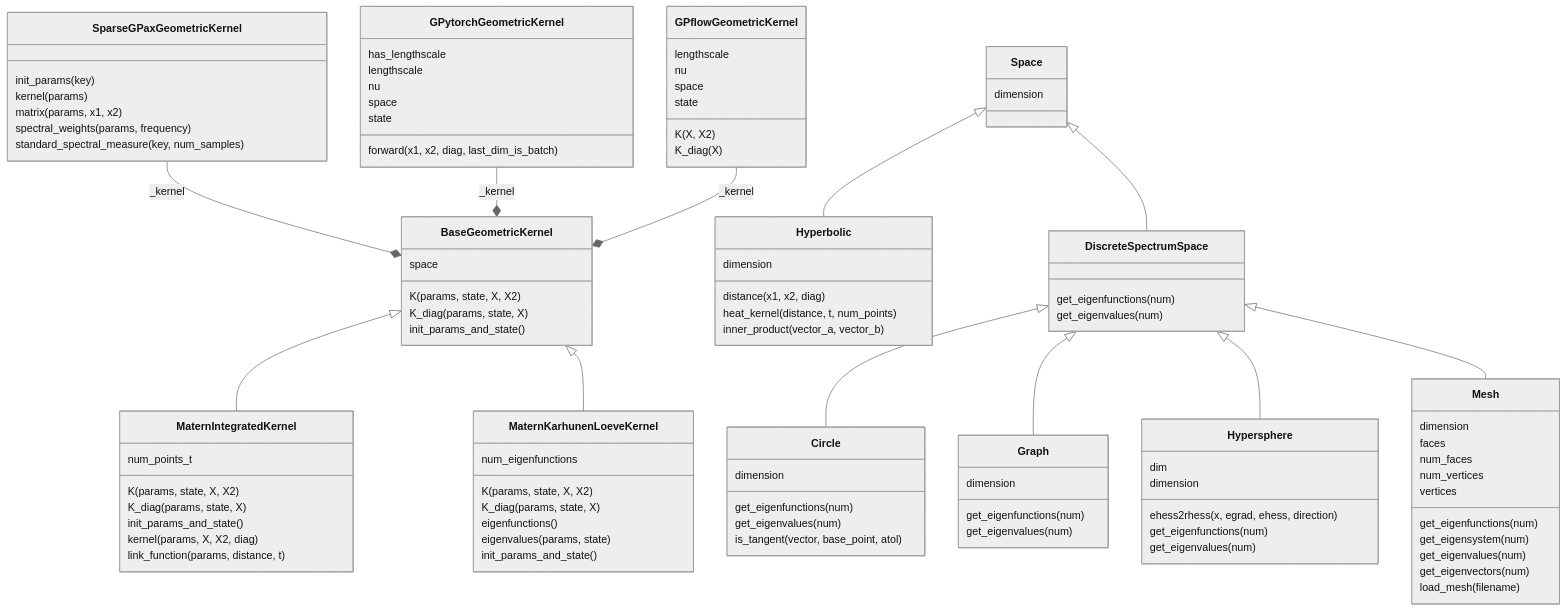
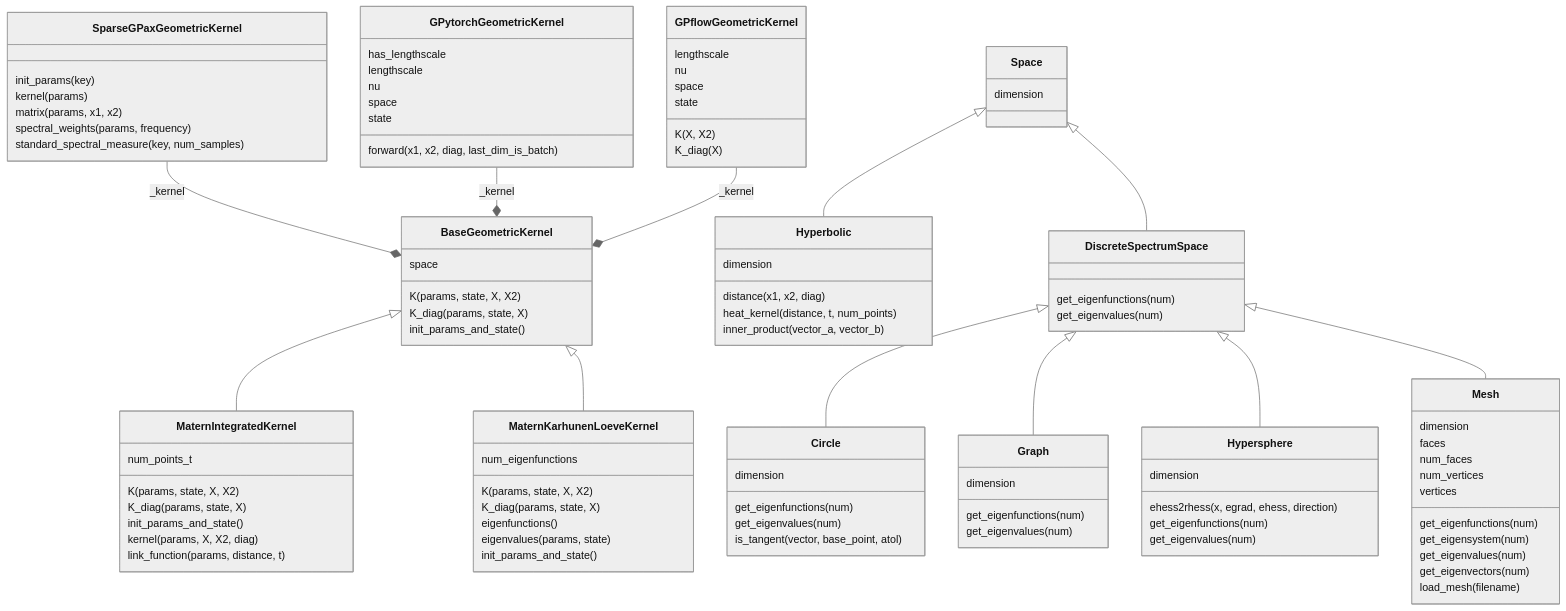
One commit to geometric-kernels/GeometricKernels changed the diagram in docs/class_diagram.md. Above: the diagram before and after it, drawn with Mermaid (neutral theme). The commit also changed 1 other file, not shown here.

Commit message:
Remove redundant `dim` in `Hypersphere` from the class diagram

```diff
--- a/docs/class_diagram.md
+++ b/docs/class_diagram.md
@@ -44,7 +44,6 @@
             get_eigenvalues(num)
           }
           class Hypersphere {
-            dim
             dimension
             ehess2rhess(x, egrad, ehess, direction)
             get_eigenfunctions(num)
```
